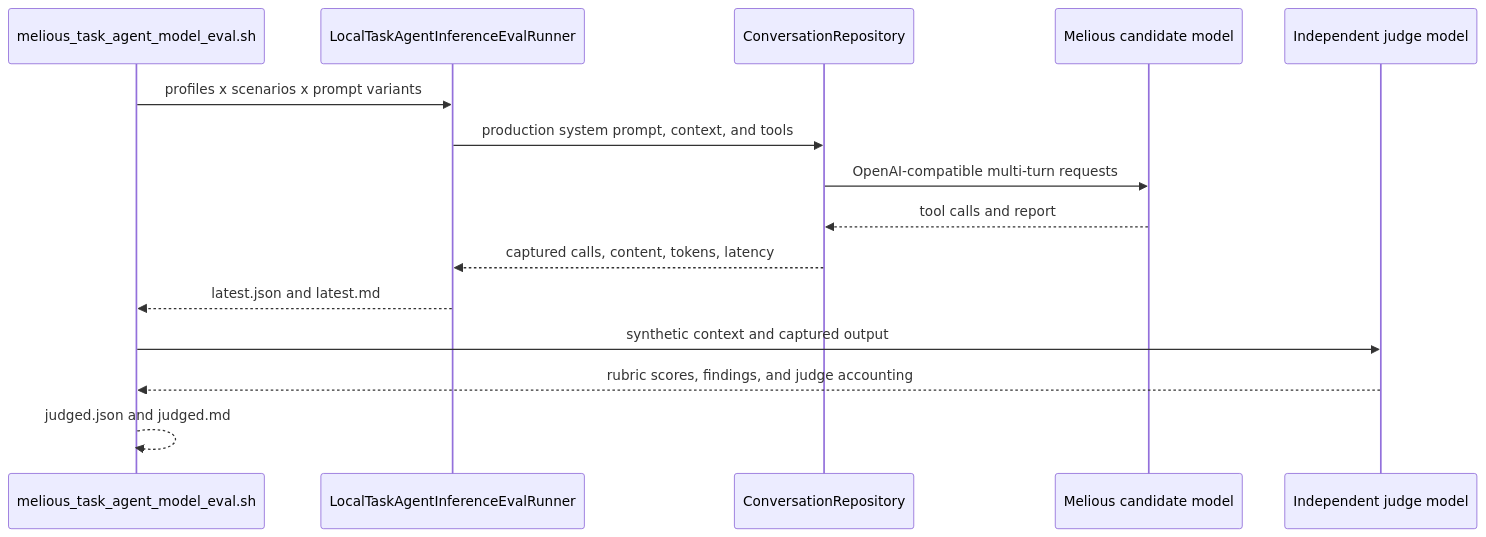
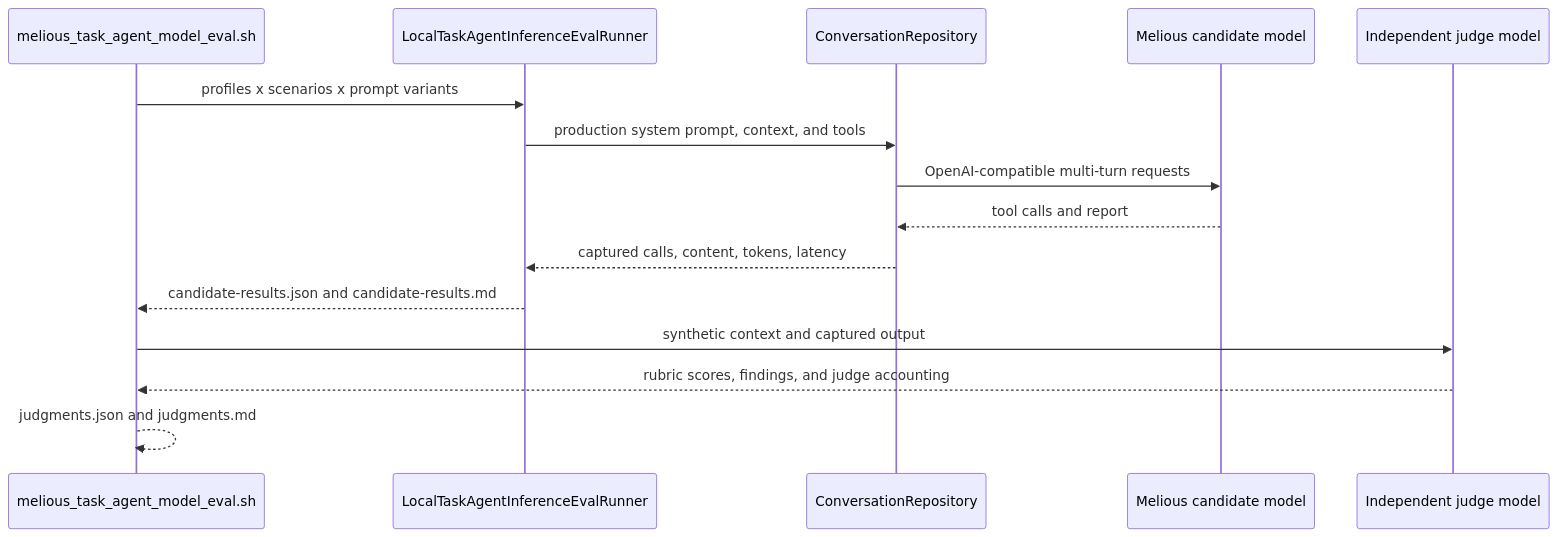
The diagram in docs/evaluations/task_agent_models/README.md (matthiasn/lotti), drawn with Mermaid before and after one commit. The commit also changed other lines of this file and 22 other files, not shown here.

````diff
--- a/docs/evaluations/task_agent_models/README.md
+++ b/docs/evaluations/task_agent_models/README.md
@@ -9,18 +13,18 @@
 ```mermaid
 sequenceDiagram
   participant Script as melious_task_agent_model_eval.sh
   participant Eval as LocalTaskAgentInferenceEvalRunner
   participant Conversation as ConversationRepository
   participant Candidate as Melious candidate model
   participant Judge as Independent judge model
 
   Script->>Eval: profiles x scenarios x prompt variants
   Eval->>Conversation: production system prompt, context, and tools
   Conversation->>Candidate: OpenAI-compatible multi-turn requests
   Candidate-->>Conversation: tool calls and report
   Conversation-->>Eval: captured calls, content, tokens, latency
-  Eval-->>Script: latest.json and latest.md
+  Eval-->>Script: candidate-results.json and candidate-results.md
   Script->>Judge: synthetic context and captured output
   Judge-->>Script: rubric scores, findings, and judge accounting
-  Script-->>Script: judged.json and judged.md
+  Script-->>Script: judgments.json and judgments.md
 ```
````
